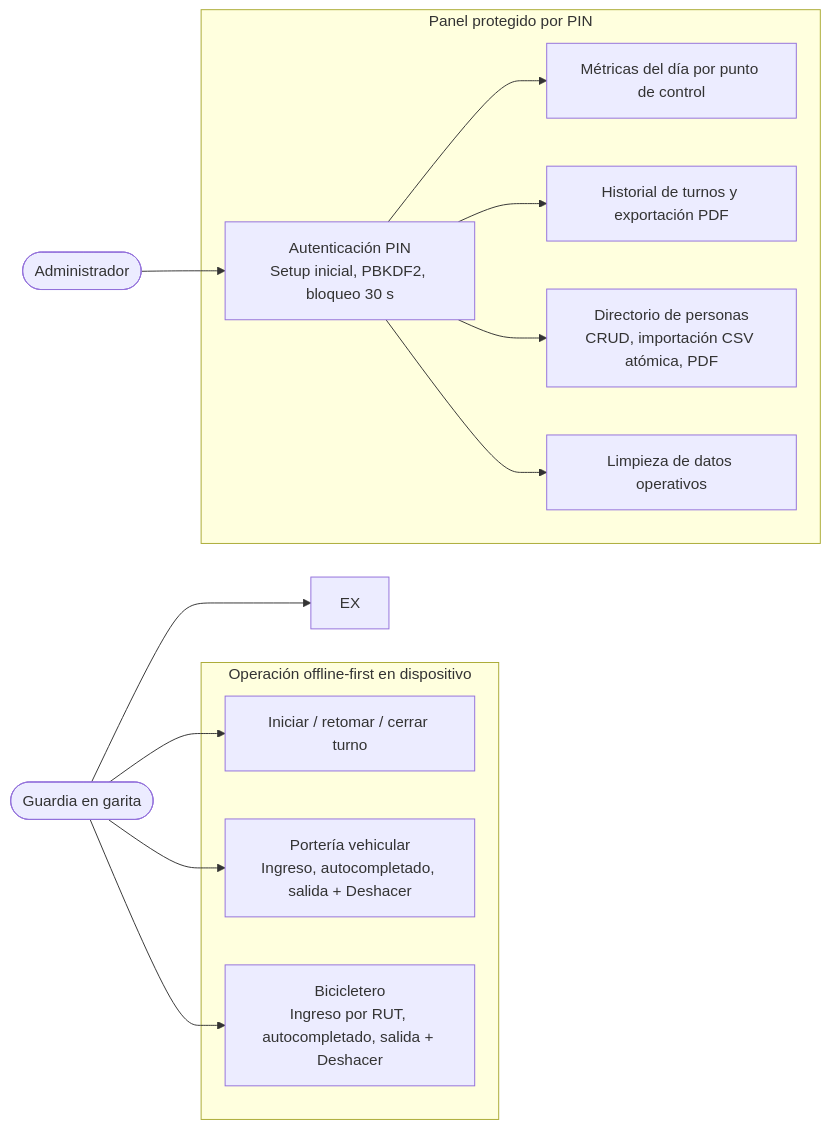
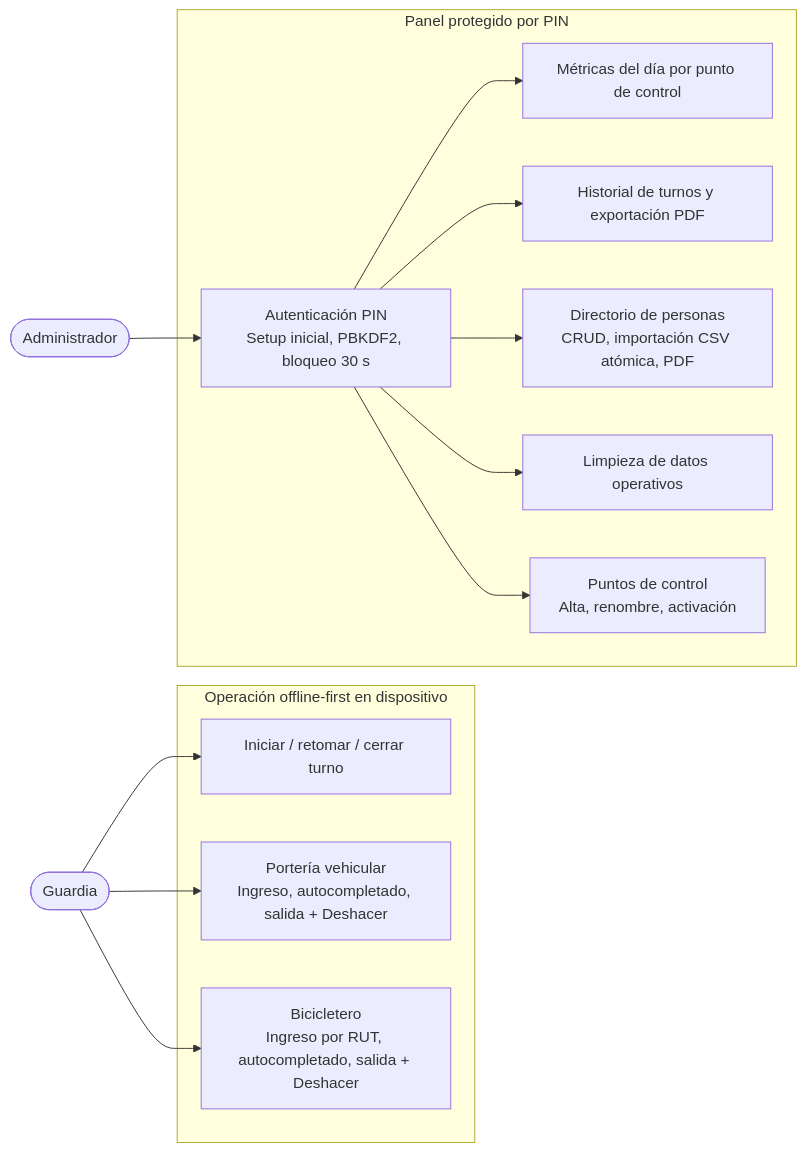
The first of 12 diagrams in docs/DIAGRAMS.md (dur1al/controlate-android), drawn with Mermaid before and after one commit. The commit also changed other lines of this file and 4 other files, not shown here.

````diff
--- a/docs/DIAGRAMS.md
+++ b/docs/DIAGRAMS.md
@@ -9,30 +9,31 @@
 ```mermaid
 flowchart LR
-    G(["Guardia en garita"])
+    G(["Guardia"])
     A(["Administrador"])
 
     subgraph Operacion["Operación offline-first en dispositivo"]
         T["Iniciar / retomar / cerrar turno"]
         PV["Portería vehicular<br/>Ingreso, autocompletado, salida + Deshacer"]
         PB["Bicicletero<br/>Ingreso por RUT, autocompletado, salida + Deshacer"]
     end
 
     subgraph Administracion["Panel protegido por PIN"]
         PIN["Autenticación PIN<br/>Setup inicial, PBKDF2, bloqueo 30 s"]
         MET["Métricas del día por punto de control"]
         REP["Historial de turnos y exportación PDF"]
         DIR["Directorio de personas<br/>CRUD, importación CSV atómica, PDF"]
         CLR["Limpieza de datos operativos"]
+        PTS["Puntos de control<br/>Alta, renombre, activación"]
     end
 
     G --> T
     G --> PV
     G --> PB
-    G --> EX
 
     A --> PIN
     PIN --> MET
     PIN --> REP
     PIN --> DIR
     PIN --> CLR
+    PIN --> PTS
 ```
````
